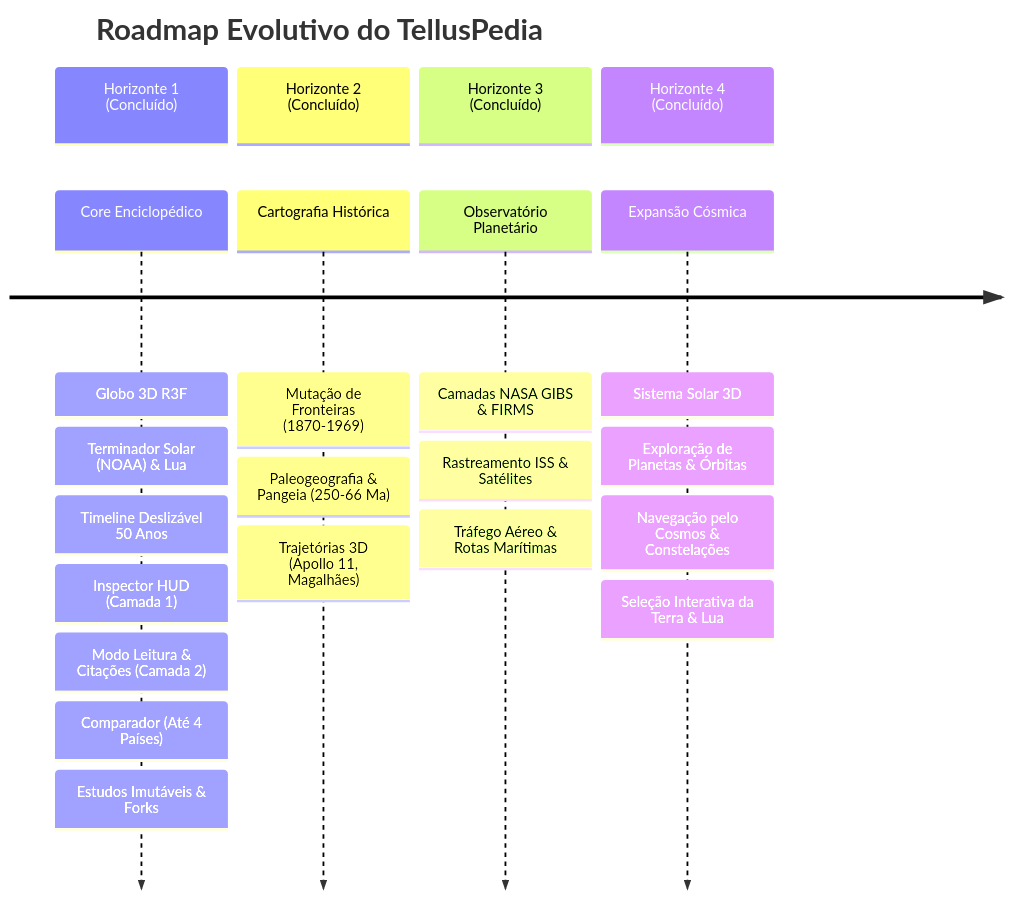
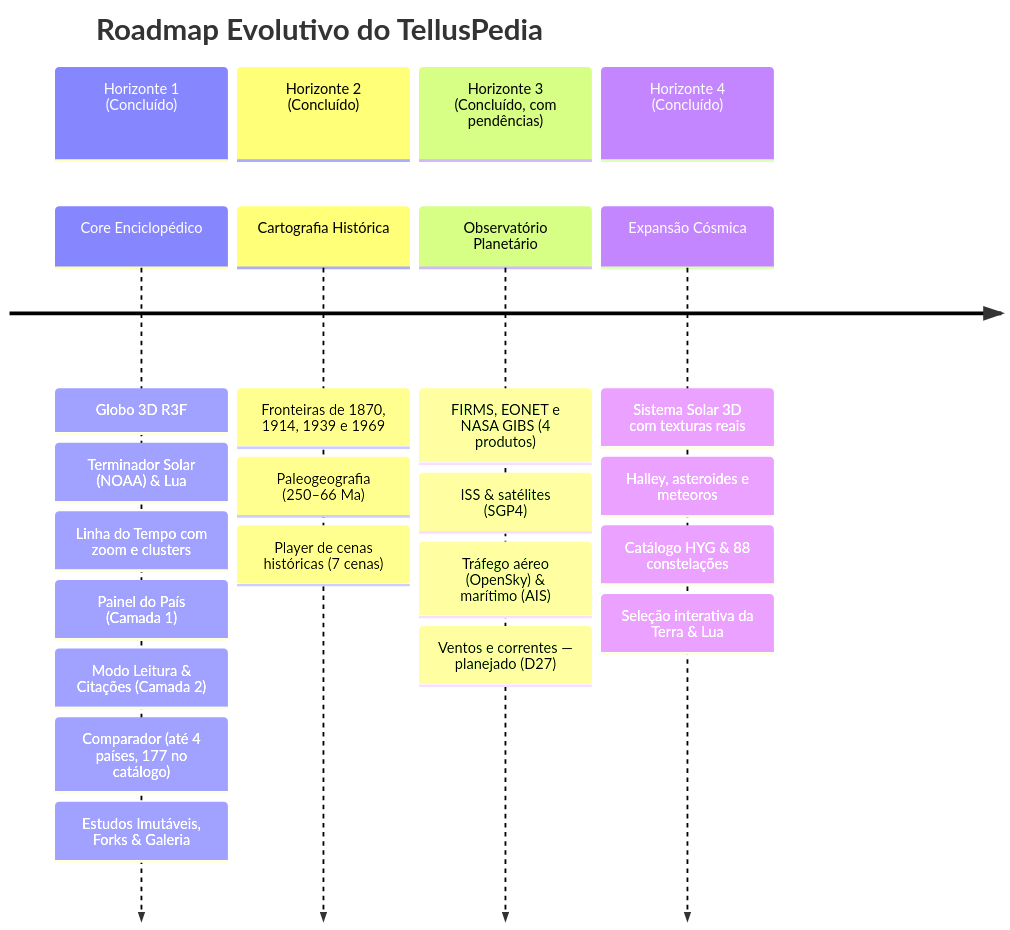
The diagram in docs/ROADMAP.md (AyrtonLoks/telluspedia), drawn with Mermaid before and after one commit. The commit also changed other lines of this file and 5 other files, not shown here.

First line of the commit message:
docs: ROADMAP, ARCHITECTURE, DATA_SOURCES e README alinhados ao código (T37)

````diff
--- a/docs/ROADMAP.md
+++ b/docs/ROADMAP.md
@@ -5,25 +7,26 @@
 ```mermaid
 timeline
     title Roadmap Evolutivo do TellusPedia
     section Horizonte 1 (Concluído)
         Core Enciclopédico : Globo 3D R3F
                            : Terminador Solar (NOAA) & Lua
-                           : Timeline Deslizável 50 Anos
-                           : Inspector HUD (Camada 1)
+                           : Linha do Tempo com zoom e clusters
+                           : Painel do País (Camada 1)
                            : Modo Leitura & Citações (Camada 2)
-                           : Comparador (Até 4 Países)
-                           : Estudos Imutáveis & Forks
+                           : Comparador (até 4 países, 177 no catálogo)
+                           : Estudos Imutáveis, Forks & Galeria
     section Horizonte 2 (Concluído)
-        Cartografia Histórica : Mutação de Fronteiras (1870-1969)
-                              : Paleogeografia & Pangeia (250-66 Ma)
-                              : Trajetórias 3D (Apollo 11, Magalhães)
-    section Horizonte 3 (Concluído)
-        Observatório Planetário : Camadas NASA GIBS & FIRMS
-                               : Rastreamento ISS & Satélites
-                               : Tráfego Aéreo & Rotas Marítimas
+        Cartografia Histórica : Fronteiras de 1870, 1914, 1939 e 1969
+                              : Paleogeografia (250–66 Ma)
+                              : Player de cenas históricas (7 cenas)
+    section Horizonte 3 (Concluído, com pendências)
+        Observatório Planetário : FIRMS, EONET e NASA GIBS (4 produtos)
+                               : ISS & satélites (SGP4)
+                               : Tráfego aéreo (OpenSky) & marítimo (AIS)
+                               : Ventos e correntes — planejado (D27)
     section Horizonte 4 (Concluído)
-        Expansão Cósmica : Sistema Solar 3D
-                        : Exploração de Planetas & Órbitas
-                        : Navegação pelo Cosmos & Constelações
-                        : Seleção Interativa da Terra & Lua
+        Expansão Cósmica : Sistema Solar 3D com texturas reais
+                        : Halley, asteroides e meteoros
+                        : Catálogo HYG & 88 constelações
+                        : Seleção interativa da Terra & Lua
 ```
````
